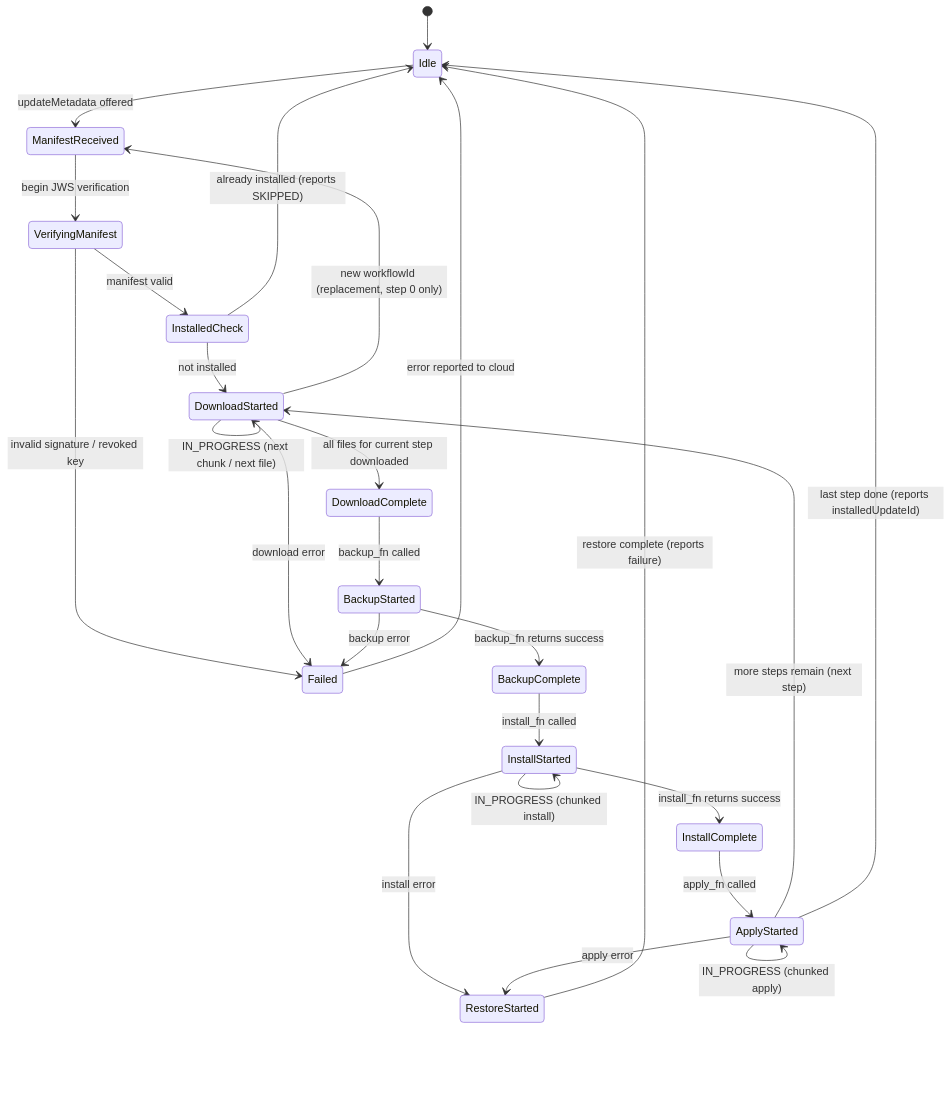
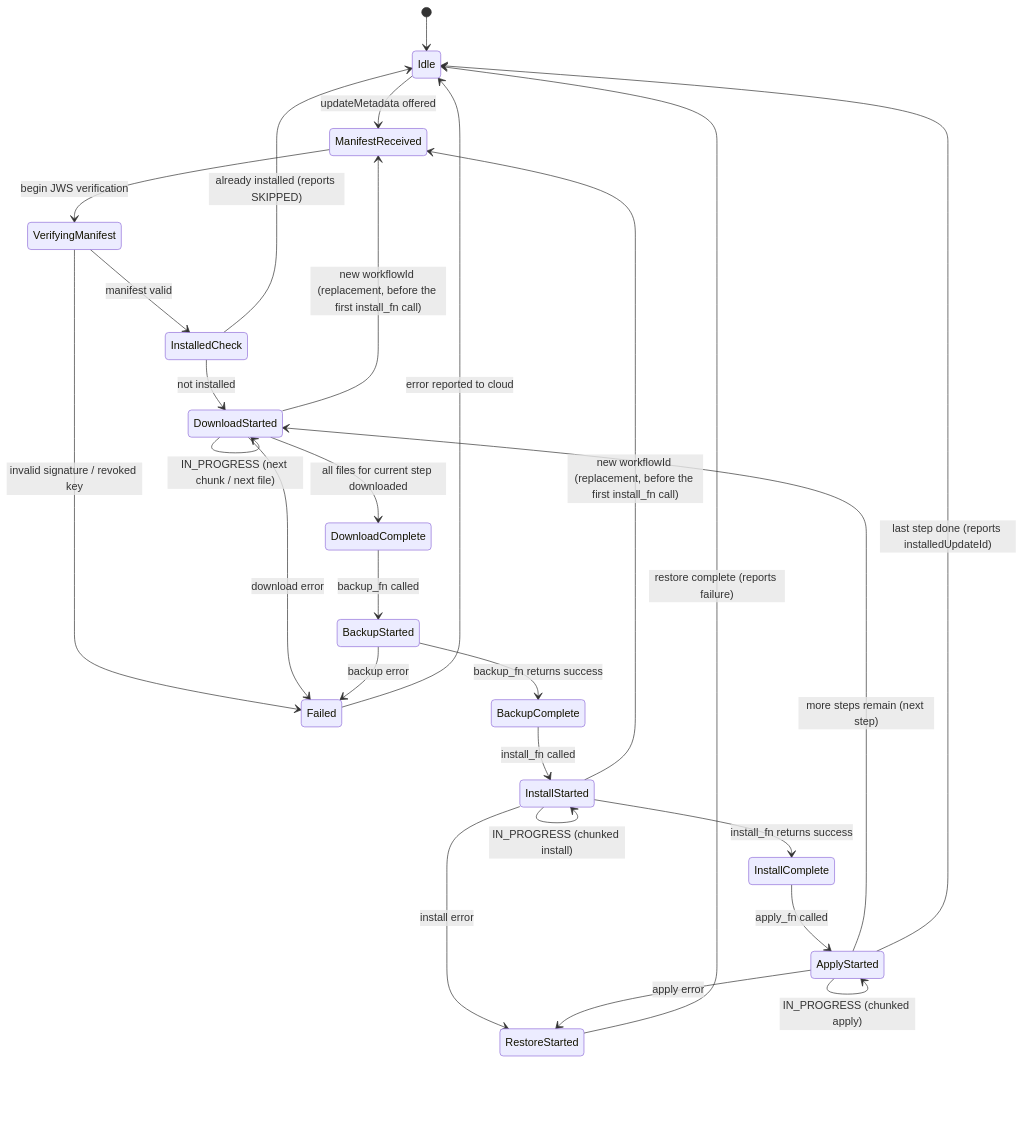
The third of 6 diagrams in c/docs/eng/software-updates.md (Azure/azure-iot-sdk), drawn with Mermaid before and after one commit. The commit also changed other lines of this file, not shown here.

Commit message:
[C] Software updates docs: keep the InstallStarted replacement transition

````diff
--- a/c/docs/eng/software-updates.md
+++ b/c/docs/eng/software-updates.md
@@ -182,36 +182,37 @@
 ```mermaid
 stateDiagram-v2
     [*] --> Idle
 
     Idle --> ManifestReceived : updateMetadata offered
     ManifestReceived --> VerifyingManifest : begin JWS verification
     VerifyingManifest --> InstalledCheck : manifest valid
     VerifyingManifest --> Failed : invalid signature / revoked key
 
     InstalledCheck --> DownloadStarted : not installed
     InstalledCheck --> Idle : already installed (reports SKIPPED)
 
     DownloadStarted --> DownloadStarted : IN_PROGRESS (next chunk / next file)
     DownloadStarted --> DownloadComplete : all files for current step downloaded
     DownloadStarted --> Failed : download error
 
     DownloadComplete --> BackupStarted : backup_fn called
     BackupStarted --> BackupComplete : backup_fn returns success
     BackupStarted --> Failed : backup error
 
     BackupComplete --> InstallStarted : install_fn called
     InstallStarted --> InstallStarted : IN_PROGRESS (chunked install)
     InstallStarted --> InstallComplete : install_fn returns success
     InstallStarted --> RestoreStarted : install error
 
     InstallComplete --> ApplyStarted : apply_fn called
     ApplyStarted --> ApplyStarted : IN_PROGRESS (chunked apply)
     ApplyStarted --> DownloadStarted : more steps remain (next step)
     ApplyStarted --> Idle : last step done (reports installedUpdateId)
     ApplyStarted --> RestoreStarted : apply error
 
     RestoreStarted --> Idle : restore complete (reports failure)
     Failed --> Idle : error reported to cloud
 
-    DownloadStarted --> ManifestReceived : new workflowId (replacement, step 0 only)
+    DownloadStarted --> ManifestReceived : new workflowId (replacement, before the first install_fn call)
+    InstallStarted --> ManifestReceived : new workflowId (replacement, before the first install_fn call)
 ```
````
